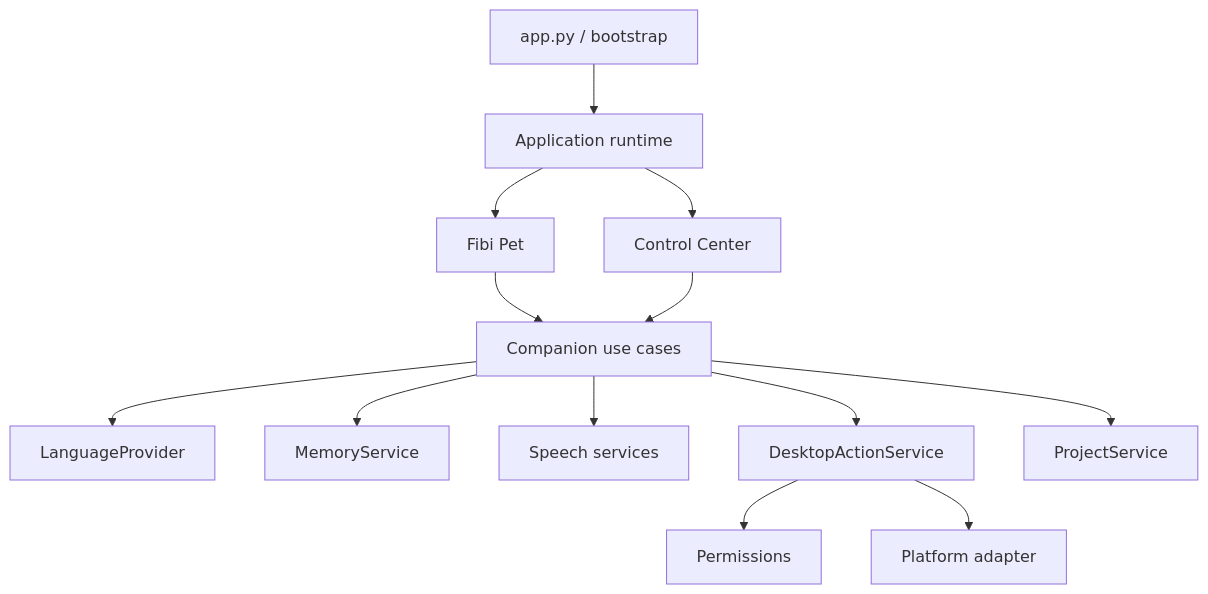
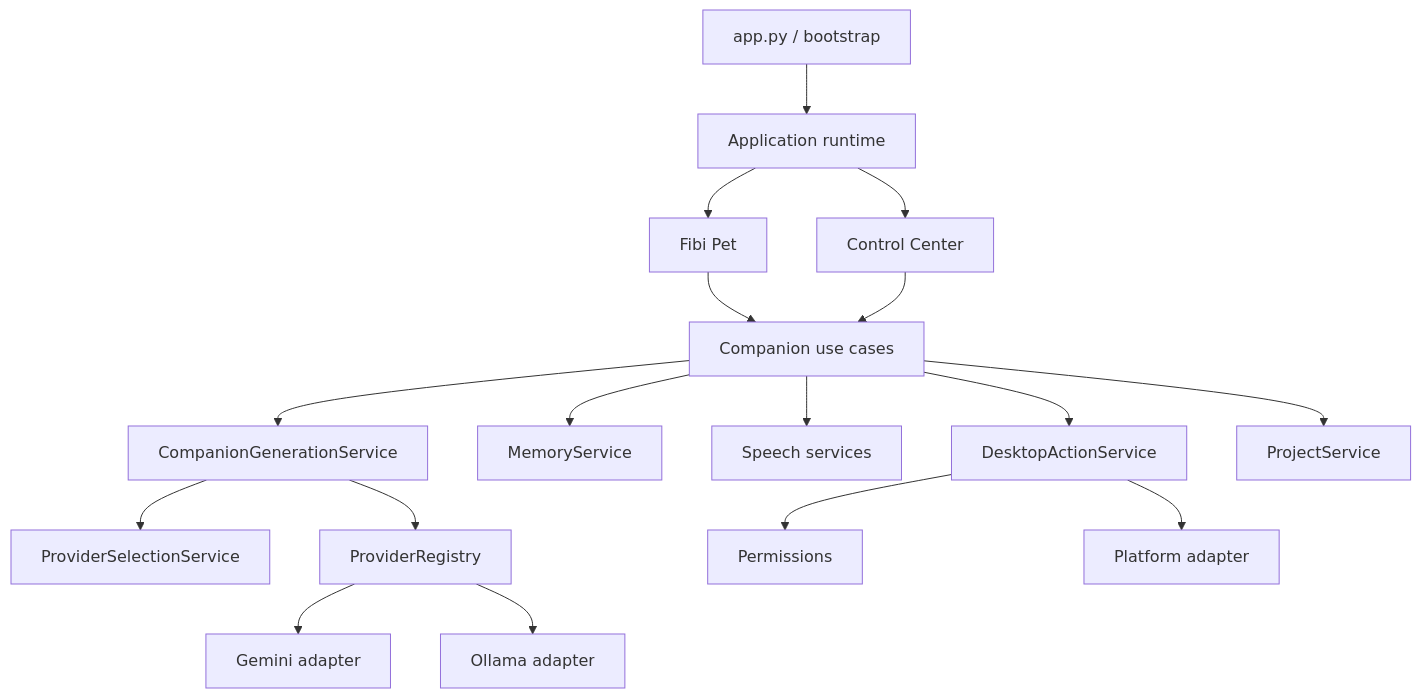
Before and after one commit to kaamikazi/fibi-desktop-lifeform: the diagram in docs/ARCHITECTURE.md, drawn with Mermaid. The commit also changed other lines of this file and 26 other files, not shown here.

Commit message:
refactor: extract provider selection and generation service

````diff
--- a/docs/ARCHITECTURE.md
+++ b/docs/ARCHITECTURE.md
@@ -12,15 +12,19 @@
 ```mermaid
 flowchart TD
     Launcher["app.py / bootstrap"] --> Runtime["Application runtime"]
     Runtime --> Pet["Fibi Pet"]
     Runtime --> Center["Control Center"]
     Pet --> Companion["Companion use cases"]
     Center --> Companion
-    Companion --> Providers["LanguageProvider"]
+    Companion --> Generation["CompanionGenerationService"]
+    Generation --> Selection["ProviderSelectionService"]
+    Generation --> Registry["ProviderRegistry"]
+    Registry --> Gemini["Gemini adapter"]
+    Registry --> Ollama["Ollama adapter"]
     Companion --> Memory["MemoryService"]
     Companion --> Speech["Speech services"]
     Companion --> Actions["DesktopActionService"]
     Companion --> Projects["ProjectService"]
     Actions --> Permissions["Permissions"]
     Actions --> Platform["Platform adapter"]
 ```
````
